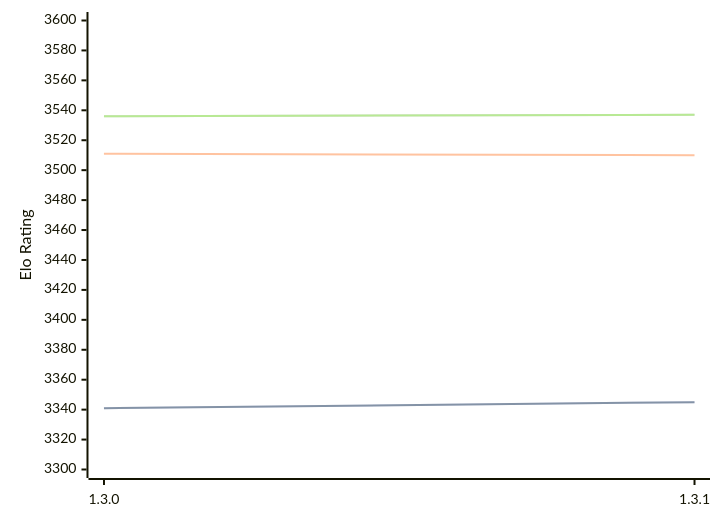
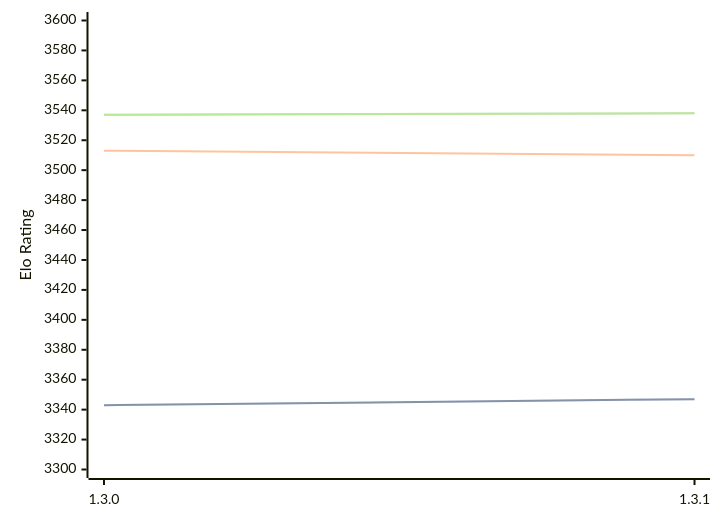
One commit to computer-chess-index/cci changed the diagram in engines/Renegade.md. Above: the diagram before and after it, drawn with Mermaid. The commit also changed other lines of this file, not shown here.

Commit message:
Update CCI Ratings (ELO VLTC) - 2026-08-26

````diff
--- a/engines/Renegade.md
+++ b/engines/Renegade.md
@@ -33,11 +33,11 @@
 ```mermaid
 %%{init: {"theme":"base","themeVariables":{"seriesColors:['#a3a3a3','#222221','#faa371']}}}%%
 xychart-beta
   x-axis ["1.3.0", "1.3.1"]
   y-axis "Elo Rating" 3300 --> 3600
-  line "STC (8.0+0.08s)" [3341, 3345]
-  line "STC (8.0+0.08s)" [3341, 3345]
-  line "LTC (60.0+0.60s)" [3511, 3510]
-  line "VLTC (2m24s+1.12s)" [3536, 3537]
-  line "VLTC (2m24s+1.12s)" [3536, 3537]
+  line "STC (8.0+0.08s)" [3343, 3347]
+  line "STC (8.0+0.08s)" [3343, 3347]
+  line "LTC (60.0+0.60s)" [3513, 3510]
+  line "VLTC (2m24s+1.12s)" [3537, 3538]
+  line "VLTC (2m24s+1.12s)" [3537, 3538]
 ```
````
